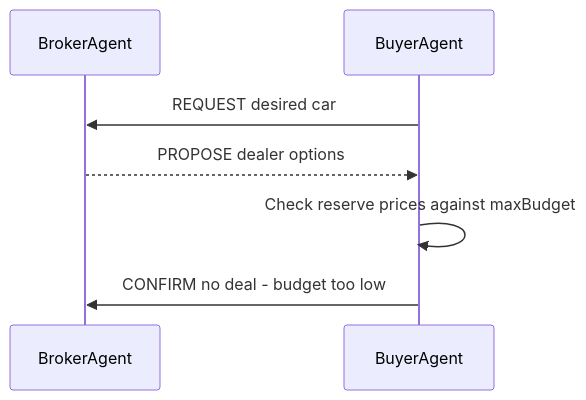
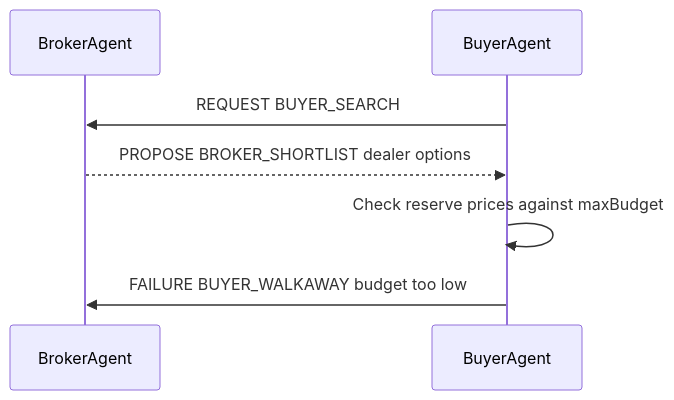
One commit to MiyukiVigil/COS30018-Assignment changed the fourth of 4 diagrams in readme.md. Above: the diagram before and after it, drawn with Mermaid. The commit also changed other lines of this file and 12 other files, not shown here.

````diff
--- a/readme.md
+++ b/readme.md
@@ -353,10 +364,10 @@
 ```mermaid
 sequenceDiagram
     participant B as BrokerAgent
     participant U as BuyerAgent
 
-    U->>B: REQUEST desired car
-    B-->>U: PROPOSE dealer options
+    U->>B: REQUEST BUYER_SEARCH
+    B-->>U: PROPOSE BROKER_SHORTLIST dealer options
     U->>U: Check reserve prices against maxBudget
-    U->>B: CONFIRM no deal - budget too low
+    U->>B: FAILURE BUYER_WALKAWAY budget too low
 ```
````
